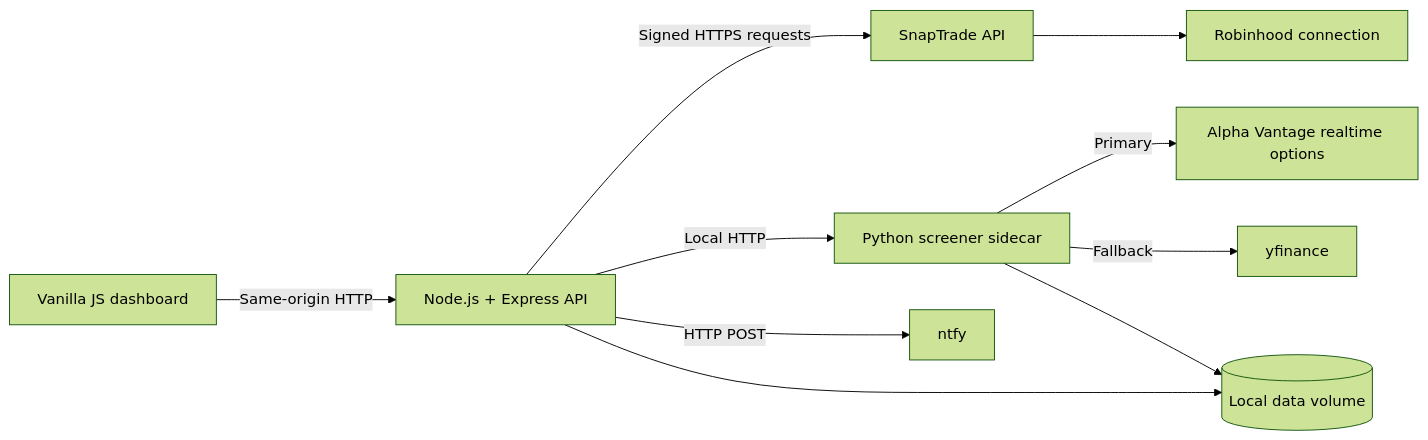
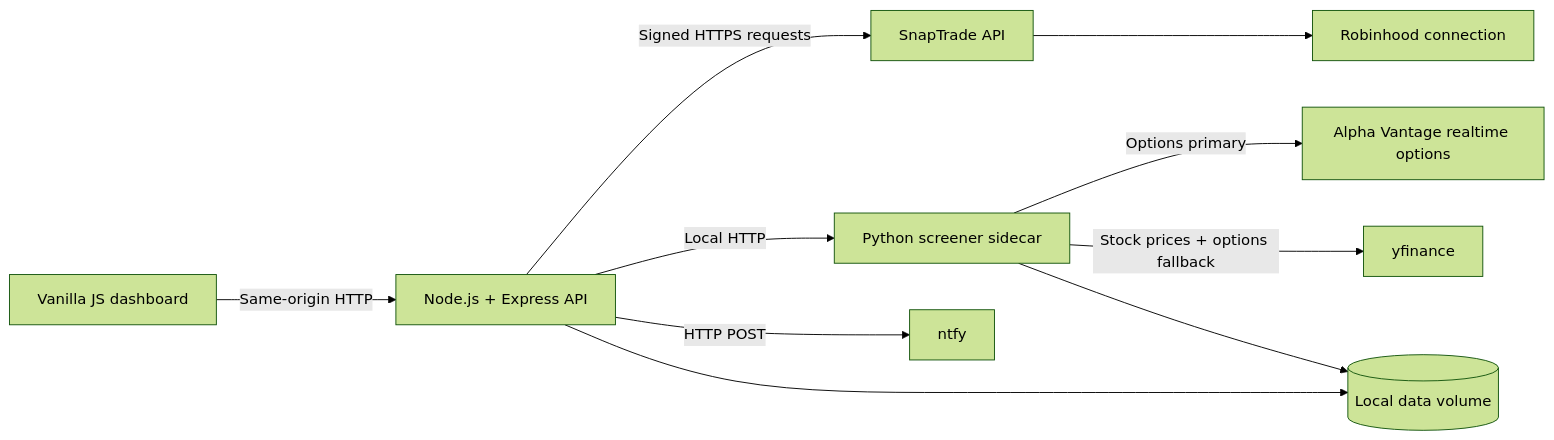
One commit to asadhusain97/wheely_nilly changed the diagram in README.md. Above: the diagram before and after it, drawn with Mermaid (forest theme). The commit also changed other lines of this file and 30 other files, not shown here.

````diff
--- a/README.md
+++ b/README.md
@@ -27,12 +27,12 @@
 ```mermaid
 flowchart LR
     Browser[Vanilla JS dashboard] -->|Same-origin HTTP| Node[Node.js + Express API]
     Node -->|Signed HTTPS requests| SnapTrade[SnapTrade API]
     SnapTrade --> Robinhood[Robinhood connection]
     Node -->|Local HTTP| Python[Python screener sidecar]
-    Python -->|Primary| Alpha[Alpha Vantage realtime options]
-    Python -->|Fallback| Yahoo[yfinance]
+    Python -->|Options primary| Alpha[Alpha Vantage realtime options]
+    Python -->|Stock prices + options fallback| Yahoo[yfinance]
     Node -->|HTTP POST| Ntfy[ntfy]
     Node --> Data[(Local data volume)]
     Python --> Data
 ```
````
